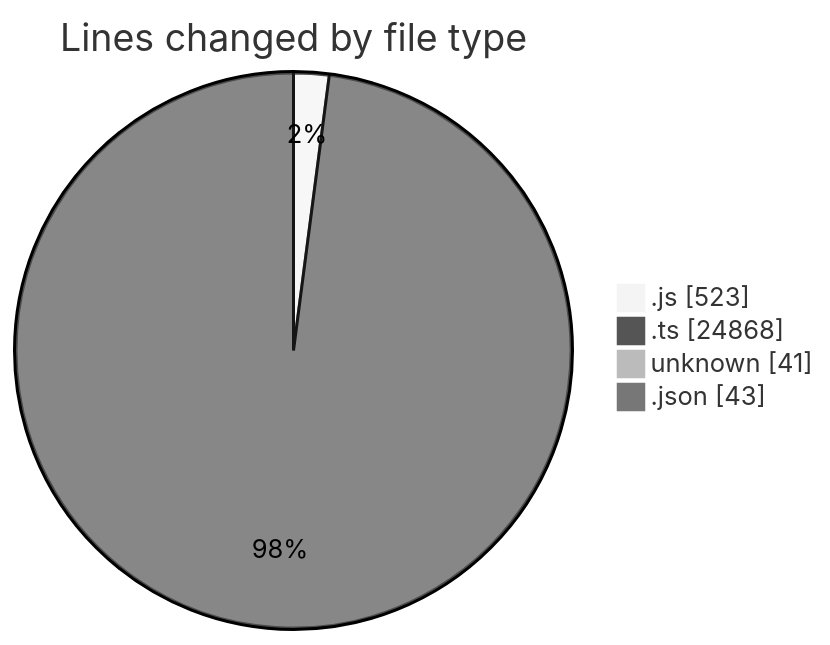
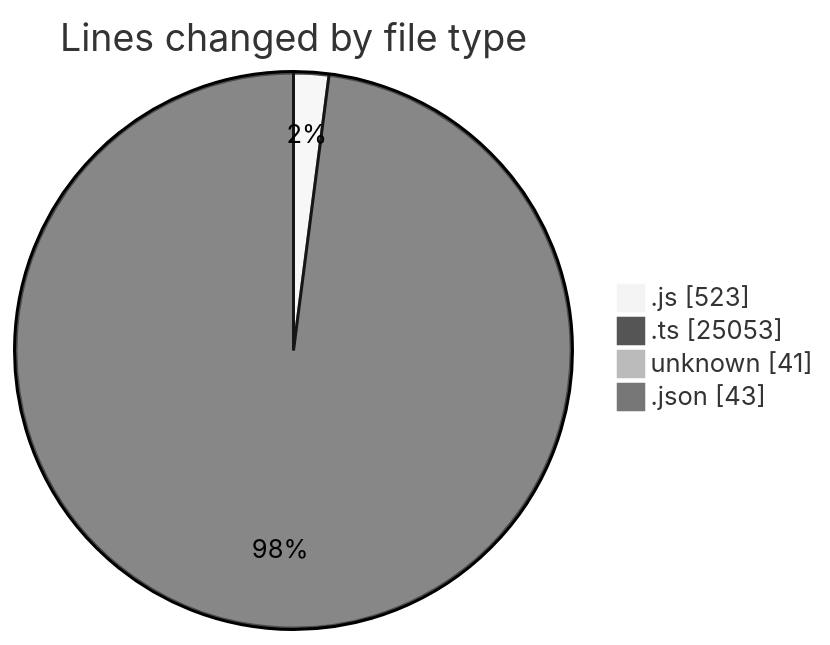
The first of 2 diagrams in 2025-08-15/cda/README.md (momahboobian/code-tracking), drawn with Mermaid (neutral theme) before and after one commit. The commit also changed other lines of this file and 1 other file, not shown here.

````diff
--- a/2025-08-15/cda/README.md
+++ b/2025-08-15/cda/README.md
@@ -31,8 +31,8 @@
 ```mermaid
 pie showData
 title Lines changed by file type
 ".js" : 523
-".ts" : 24868
+".ts" : 25053
 "unknown" : 41
 ".json" : 43
 ```
````
